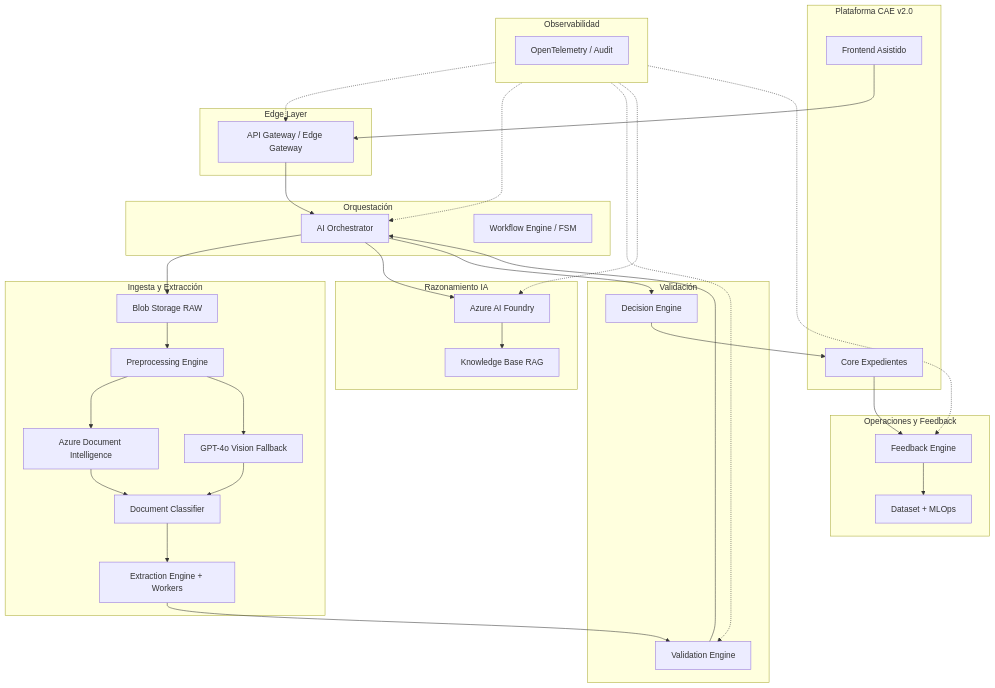
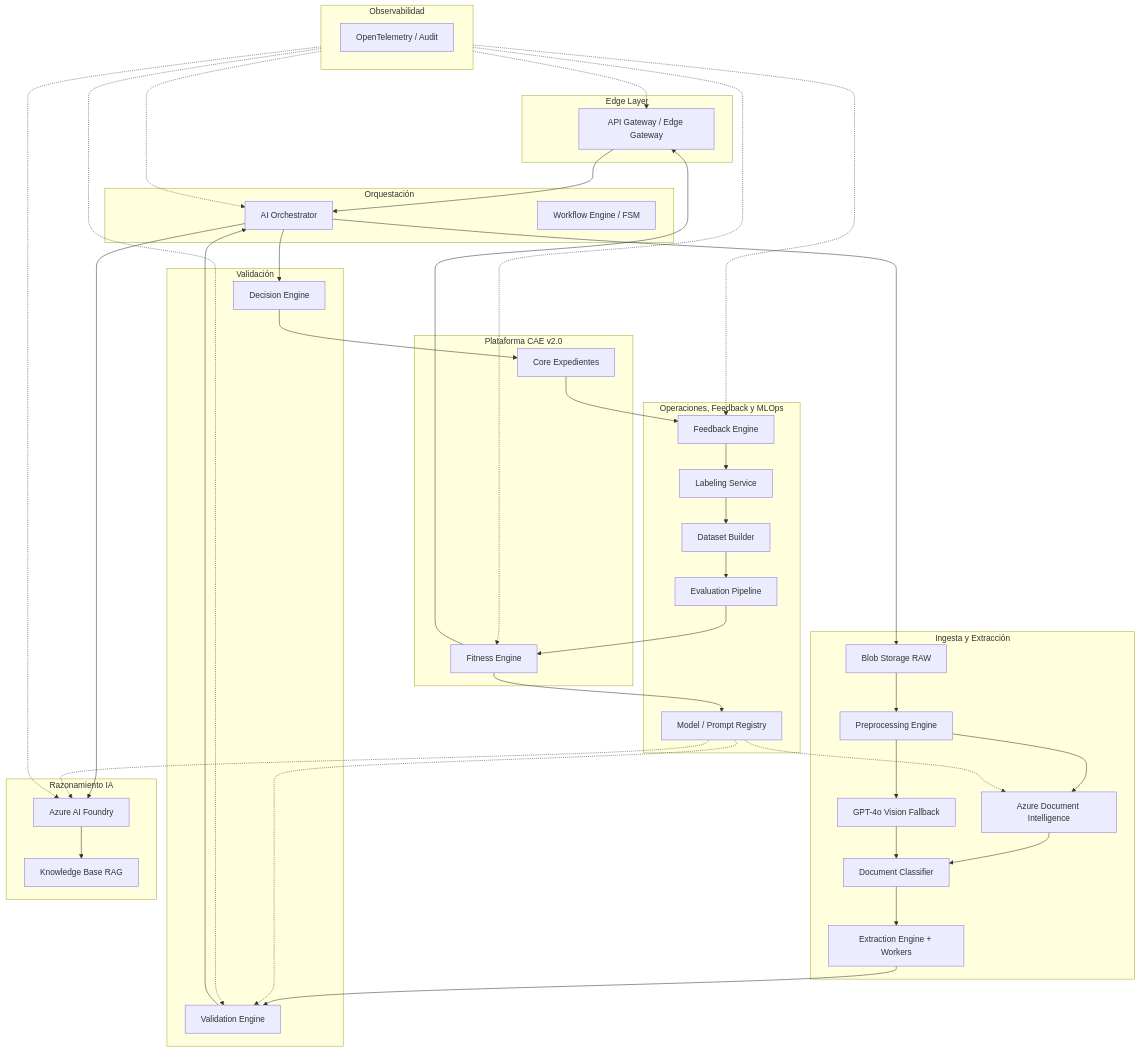
One commit to angelnietos/erp changed the first of 9 diagrams in caedocs/DISENO-TECNICO-v3.0.md. Above: the diagram before and after it, drawn with Mermaid. The commit also changed other lines of this file and 9 other files, not shown here.

````diff
--- a/caedocs/DISENO-TECNICO-v3.0.md
+++ b/caedocs/DISENO-TECNICO-v3.0.md
@@ -84,63 +86,72 @@
 ```mermaid
 flowchart TB
     subgraph CAE["Plataforma CAE v2.0"]
         FE["Frontend Asistido"]
         CORE["Core Expedientes"]
     end
 
     subgraph EDGE["Edge Layer"]
         GW["API Gateway / Edge Gateway"]
     end
 
     subgraph ORCH["Orquestación"]
         AO["AI Orchestrator"]
         WE["Workflow Engine / FSM"]
     end
 
     subgraph INGEST["Ingesta y Extracción"]
         BLOB["Blob Storage RAW"]
         PRE["Preprocessing Engine"]
         DI["Azure Document Intelligence"]
         VLM["GPT-4o Vision Fallback"]
         CLS["Document Classifier"]
         EXT["Extraction Engine + Workers"]
     end
 
     subgraph VALID["Validación"]
         VE["Validation Engine"]
         DE["Decision Engine"]
     end
 
     subgraph AI["Razonamiento IA"]
         FDR["Azure AI Foundry"]
         KB["Knowledge Base RAG"]
     end
 
-    subgraph OPS["Operaciones y Feedback"]
+    subgraph OPS["Operaciones, Feedback y MLOps"]
         FB["Feedback Engine"]
-        DS["Dataset + MLOps"]
+        LB["Labeling Service"]
+        DS["Dataset Builder"]
+        FE["Fitness Engine"]
+        EV["Evaluation Pipeline"]
+        MR["Model / Prompt Registry"]
     end
 
     subgraph OBS["Observabilidad"]
         OT["OpenTelemetry / Audit"]
     end
 
     FE --> GW
     GW --> AO
     AO --> BLOB
     BLOB --> PRE
     PRE --> DI
     PRE --> VLM
     DI --> CLS
     VLM --> CLS
     CLS --> EXT
     EXT --> VE
     VE --> AO
     AO --> FDR
     FDR --> KB
     AO --> DE
     DE --> CORE
     CORE --> FB
-    FB --> DS
-    OBS -.-> GW & AO & VE & FDR & FB
+    FB --> LB
+    LB --> DS
+    DS --> EV
+    EV --> FE
+    FE --> MR
+    MR -.-> DI & FDR & VE
+    OBS -.-> GW & AO & VE & FDR & FB & FE
 ```
````
